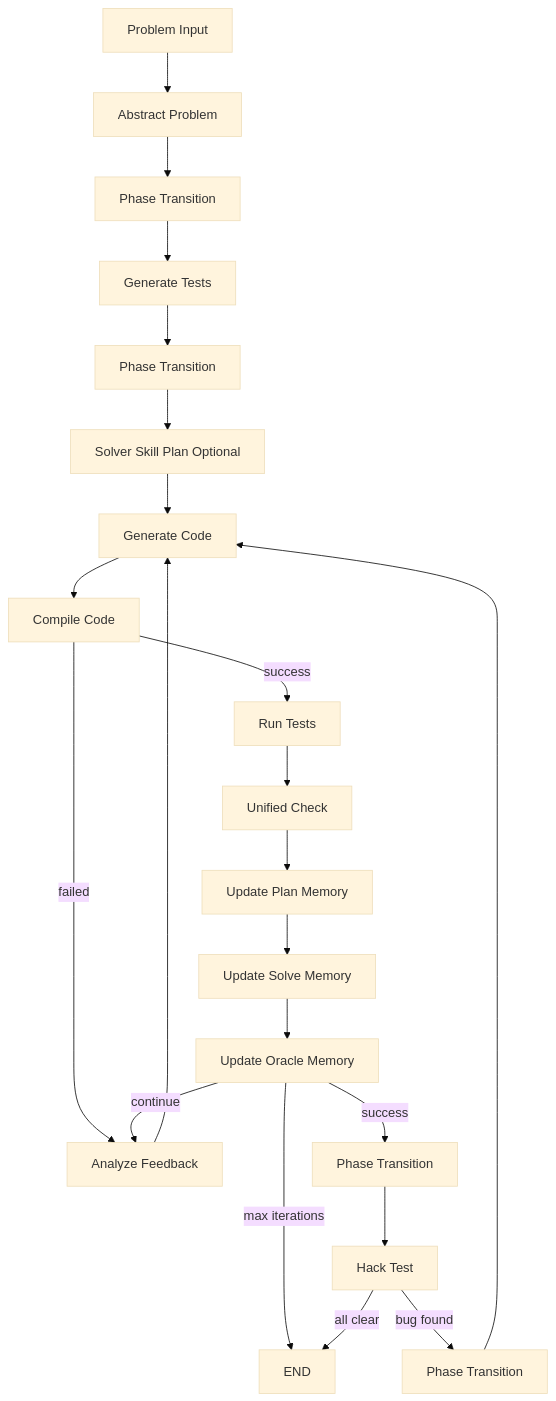
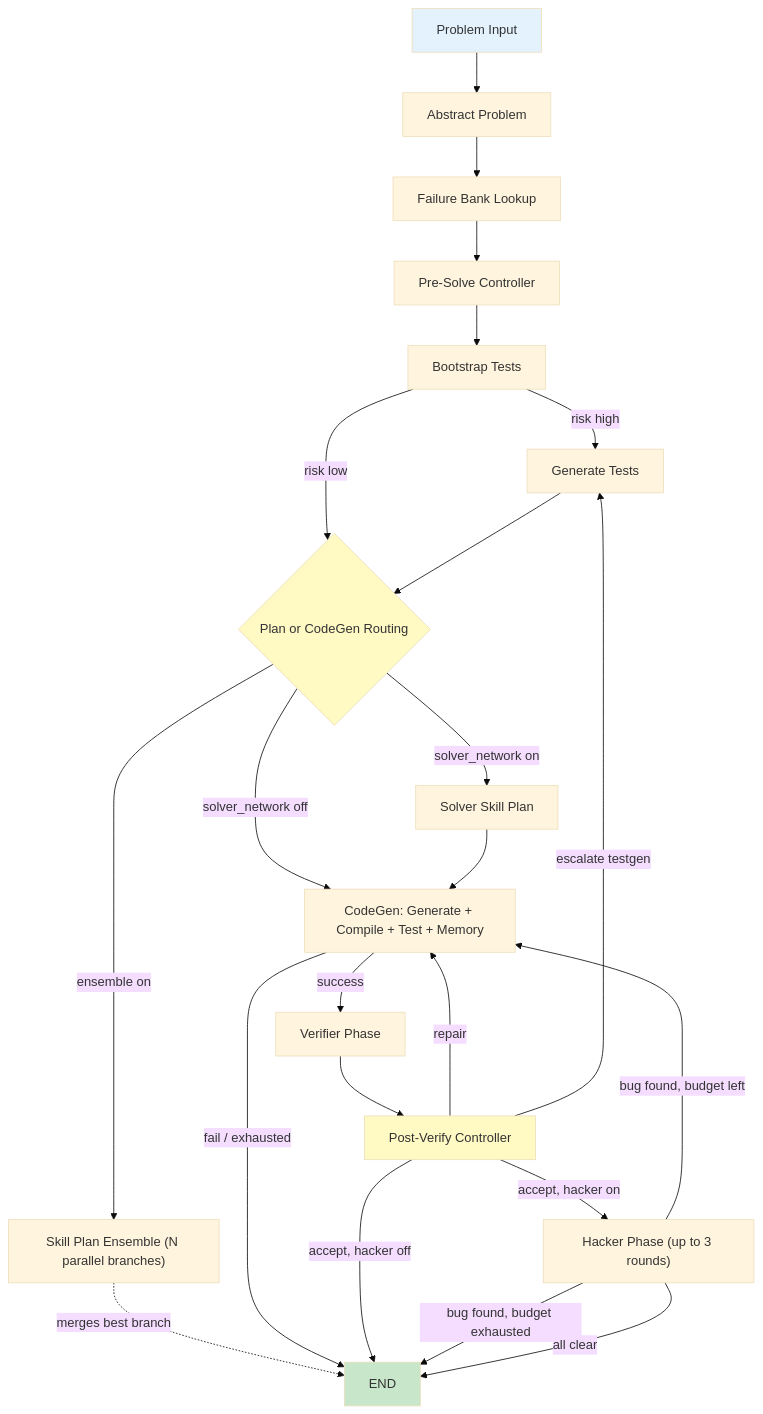
The diagram in README.md (alvaroborras/Solvita), drawn with Mermaid (base theme) before and after one commit. The commit also changed other lines of this file and 2 other files, not shown here.

````diff
--- a/README.md
+++ b/README.md
@@ -63,24 +69,30 @@
 ```mermaid
 graph TD
     A[Problem Input] --> B[Abstract Problem]
-    B --> C[Phase Transition]
-    C --> D[Generate Tests]
-    D --> E[Phase Transition]
-    E --> F[Solver Skill Plan Optional]
-    F --> G[Generate Code]
-    G --> H[Compile Code]
-    H -->|success| I[Run Tests]
-    H -->|failed| N[Analyze Feedback]
-    I --> J[Unified Check]
-    J --> K1[Update Plan Memory]
-    K1 --> K2[Update Solve Memory]
-    K2 --> K3[Update Oracle Memory]
-    K3 -->|continue| N
-    K3 -->|success| L[Phase Transition]
-    K3 -->|max iterations| Z[END]
-    N --> G
-    L --> M[Hack Test]
-    M -->|all clear| Z
-    M -->|bug found| O[Phase Transition]
-    O --> G
+    B --> C[Failure Bank Lookup]
+    C --> D[Pre-Solve Controller]
+    D --> E[Bootstrap Tests]
+    E -->|risk high| F[Generate Tests]
+    E -->|risk low| G{Plan or CodeGen Routing}
+    F --> G
+    G -->|solver_network off| H[CodeGen: Generate + Compile + Test + Memory]
+    G -->|solver_network on| P[Solver Skill Plan]
+    G -->|ensemble on| Q["Skill Plan Ensemble (N parallel branches)"]
+    P --> H
+    Q -.merges best branch.-> Z[END]
+    H -->|success| N[Verifier Phase]
+    H -->|fail / exhausted| Z
+    N --> O[Post-Verify Controller]
+    O -->|repair| H
+    O -->|escalate testgen| F
+    O -->|accept, hacker on| R["Hacker Phase (up to 3 rounds)"]
+    O -->|accept, hacker off| Z
+    R -->|bug found, budget left| H
+    R -->|bug found, budget exhausted| Z
+    R -->|all clear| Z
+
+    style A fill:#e3f2fd
+    style Z fill:#c8e6c9
+    style G fill:#fff9c4
+    style O fill:#fff9c4
 ```
````
